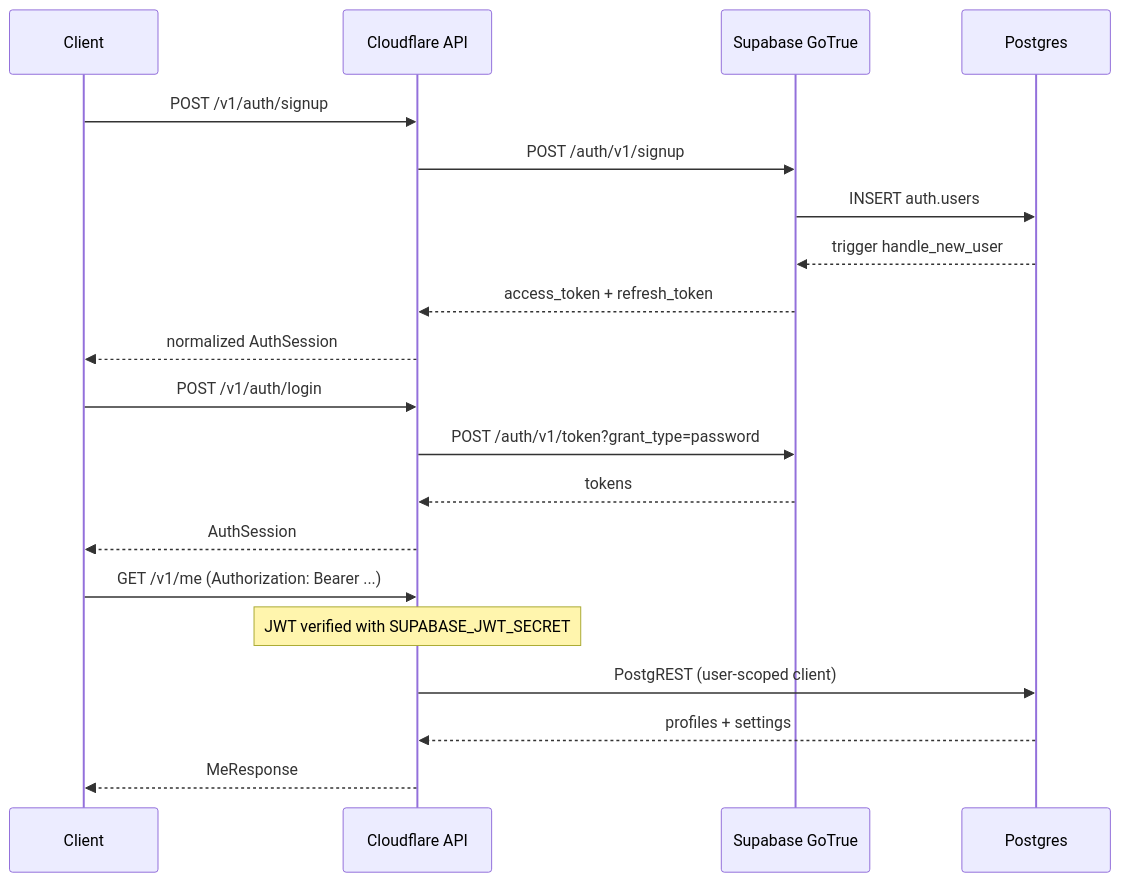
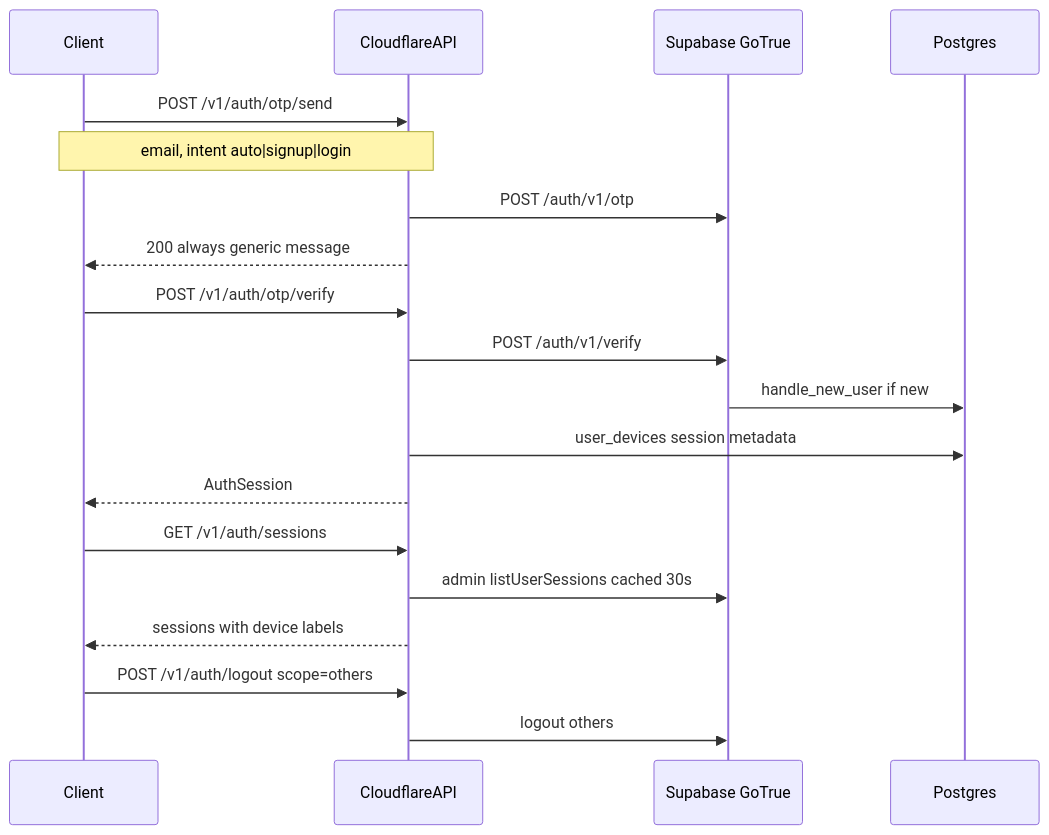
Before and after one commit to ErhanKaraca/mediamedicine: the diagram in docs/api/auth.md, drawn with Mermaid. The commit also changed other lines of this file and 30 other files, not shown here.

````diff
--- a/docs/api/auth.md
+++ b/docs/api/auth.md
@@ -7,25 +9,25 @@
 ```mermaid
 sequenceDiagram
   participant Client
-  participant API as Cloudflare API
+  participant API as CloudflareAPI
   participant GoTrue as Supabase GoTrue
   participant PG as Postgres
 
-  Client->>API: POST /v1/auth/signup
-  API->>GoTrue: POST /auth/v1/signup
-  GoTrue->>PG: INSERT auth.users
-  PG-->>GoTrue: trigger handle_new_user
-  GoTrue-->>API: access_token + refresh_token
-  API-->>Client: normalized AuthSession
+  Client->>API: POST /v1/auth/otp/send
+  Note over Client,API: email, intent auto|signup|login
+  API->>GoTrue: POST /auth/v1/otp
+  API-->>Client: 200 always generic message
 
-  Client->>API: POST /v1/auth/login
-  API->>GoTrue: POST /auth/v1/token?grant_type=password
-  GoTrue-->>API: tokens
+  Client->>API: POST /v1/auth/otp/verify
+  API->>GoTrue: POST /auth/v1/verify
+  GoTrue->>PG: handle_new_user if new
+  API->>PG: user_devices session metadata
   API-->>Client: AuthSession
 
-  Client->>API: GET /v1/me (Authorization: Bearer ...)
-  Note over API: JWT verified with SUPABASE_JWT_SECRET
-  API->>PG: PostgREST (user-scoped client)
-  PG-->>API: profiles + settings
-  API-->>Client: MeResponse
+  Client->>API: GET /v1/auth/sessions
+  API->>GoTrue: admin listUserSessions cached 30s
+  API-->>Client: sessions with device labels
+
+  Client->>API: POST /v1/auth/logout scope=others
+  API->>GoTrue: logout others
 ```
````
